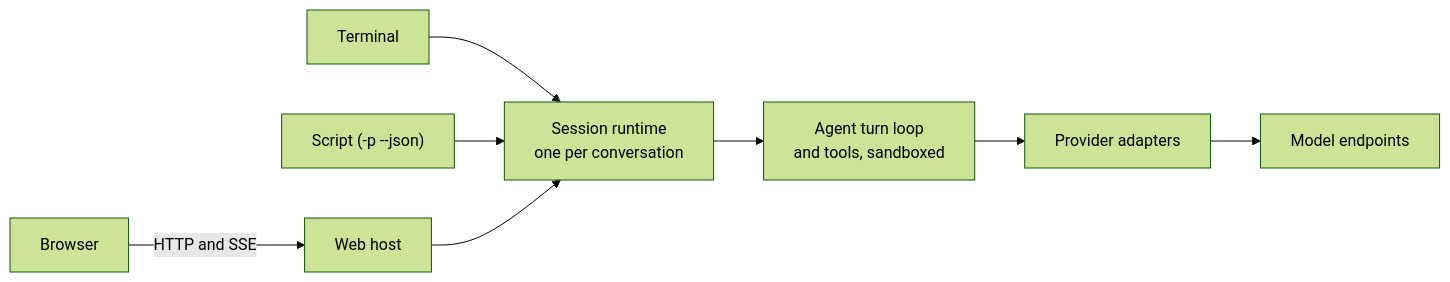
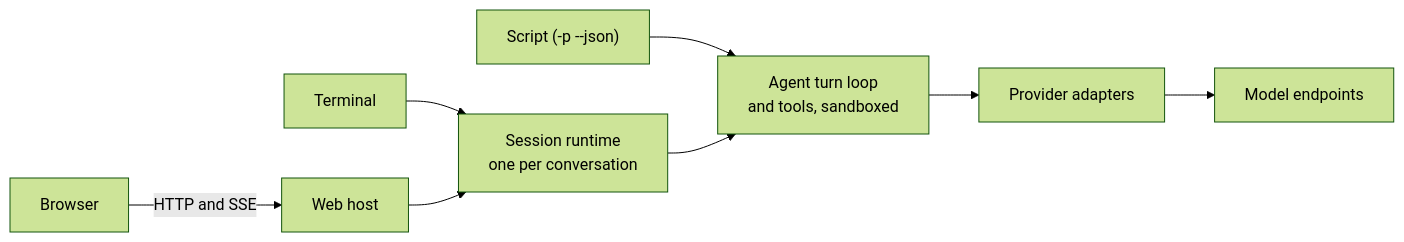
Before and after one commit to timongentzsch/uAgent: the diagram in README.md, drawn with Mermaid (forest theme). The commit also changed other lines of this file and 12 other files, not shown here.

````diff
--- a/README.md
+++ b/README.md
@@ -40,8 +41,8 @@
 ```mermaid
 flowchart LR
   T[Terminal] --> R
-  S["Script (-p --json)"] --> R
+  S["Script (-p --json)"] --> A
   B[Browser] -->|HTTP and SSE| W[Web host] --> R
   R["Session runtime<br/>one per conversation"] --> A["Agent turn loop<br/>and tools, sandboxed"]
   A --> P[Provider adapters] --> M[Model endpoints]
 ```
````
